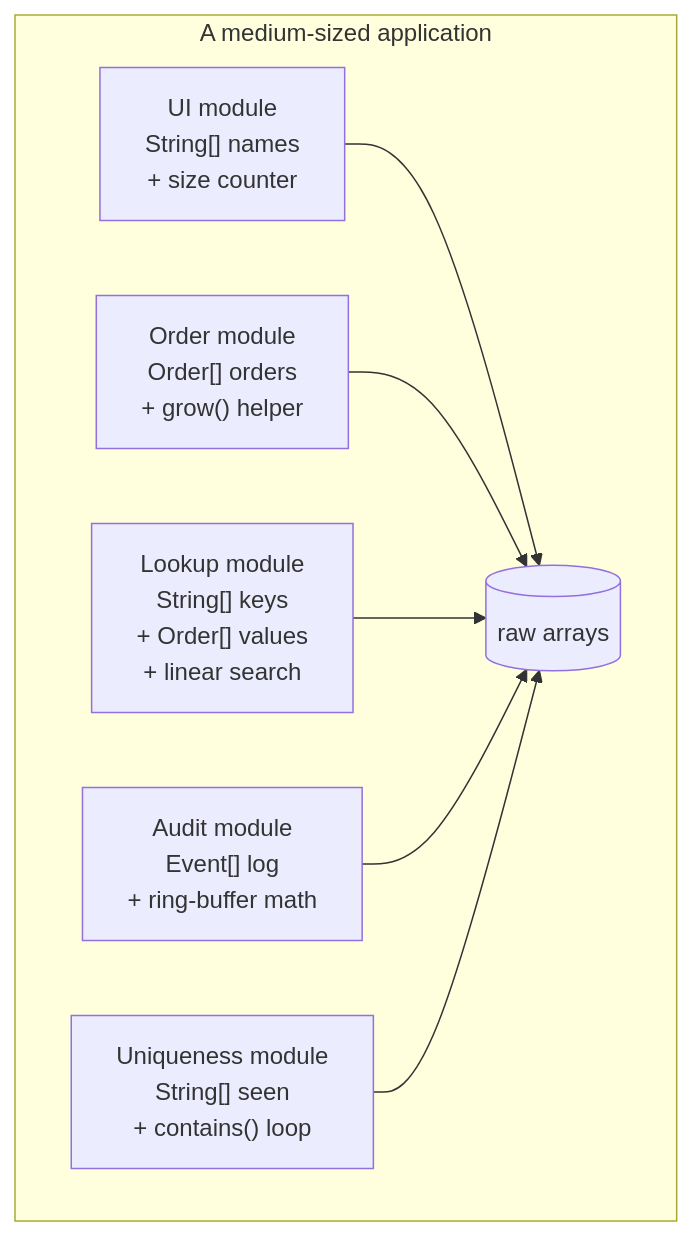
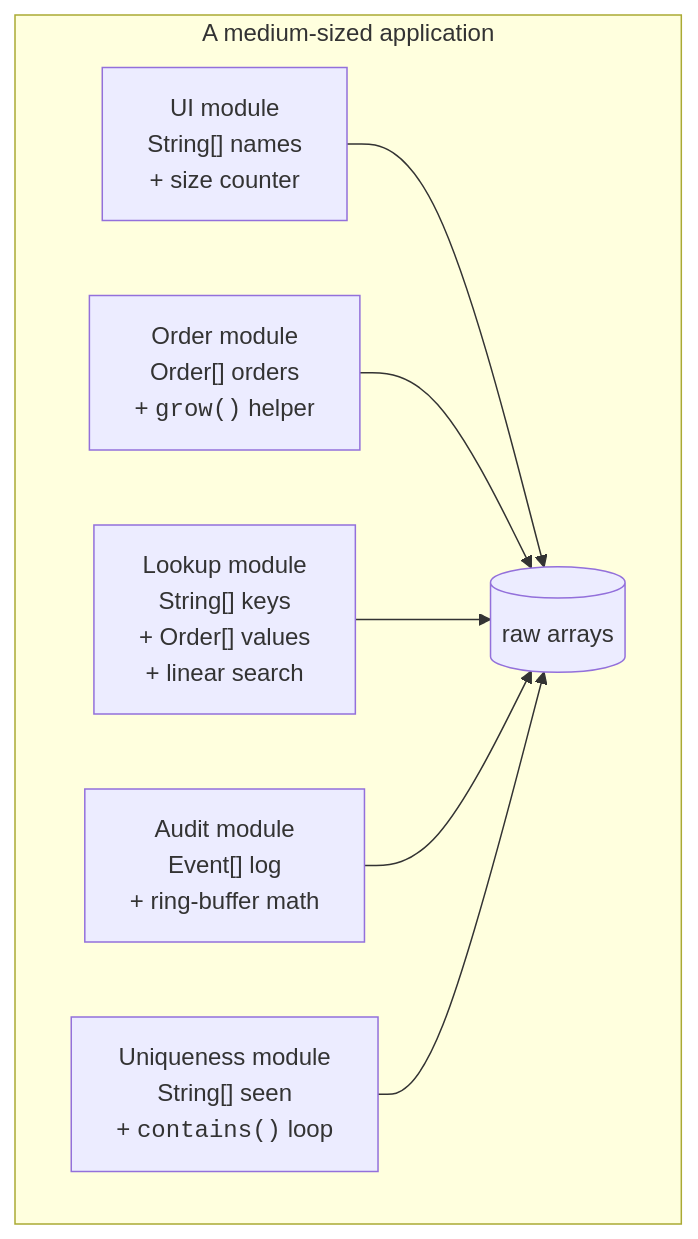
One commit to dataslope/dataslope changed the second of 2 diagrams in content/learn/java-collections-and-generics-deep-dive/the-tyranny-of-arrays.mdx. Above: the diagram before and after it, drawn with Mermaid. The commit also changed 153 other files, not shown here.

First line of the commit message:
Render code-only mermaid shapes in monospace; convert step sequences to Steps

````diff
--- a/content/learn/java-collections-and-generics-deep-dive/the-tyranny-of-arrays.mdx
+++ b/content/learn/java-collections-and-generics-deep-dive/the-tyranny-of-arrays.mdx
@@ -152,10 +152,10 @@
 ```mermaid
 flowchart TB
     subgraph App["A medium-sized application"]
         UI["UI module<br/>String[] names<br/>+ size counter"] --> RAW[(raw arrays)]
-        ORD["Order module<br/>Order[] orders<br/>+ grow() helper"] --> RAW
+        ORD["Order module<br/>Order[] orders<br/>+ <code>grow()</code> helper"] --> RAW
         IDX["Lookup module<br/>String[] keys<br/>+ Order[] values<br/>+ linear search"] --> RAW
         AUD["Audit module<br/>Event[] log<br/>+ ring-buffer math"] --> RAW
-        UNI["Uniqueness module<br/>String[] seen<br/>+ contains() loop"] --> RAW
+        UNI["Uniqueness module<br/>String[] seen<br/>+ <code>contains()</code> loop"] --> RAW
     end
 ```
````
